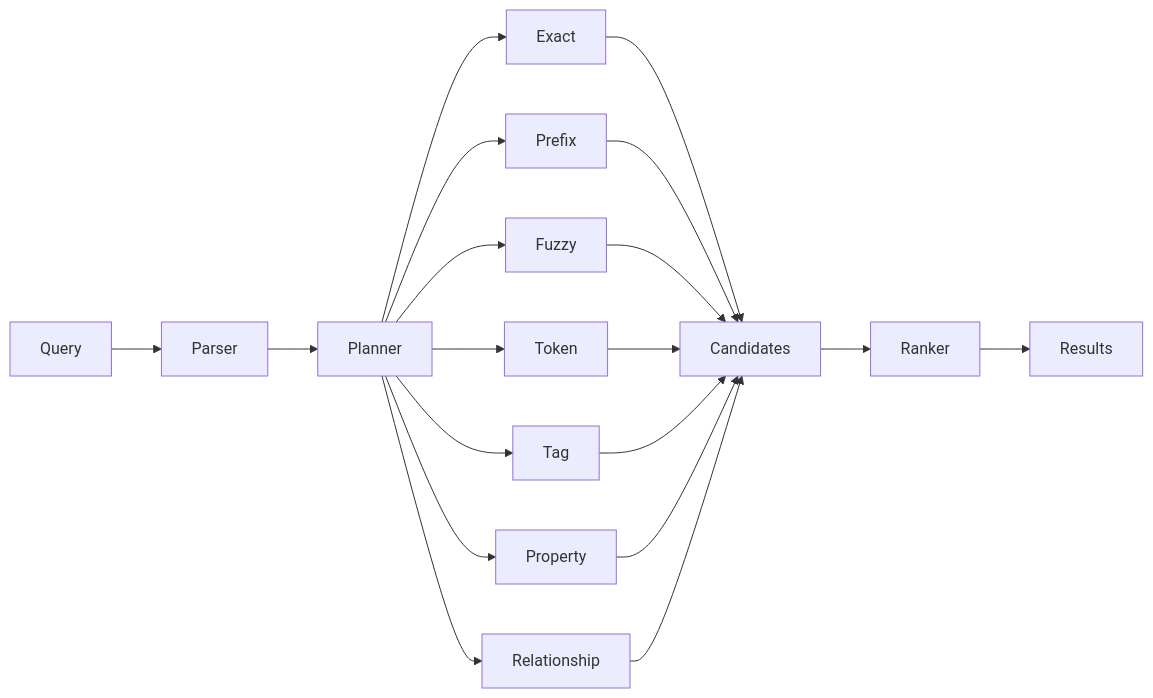
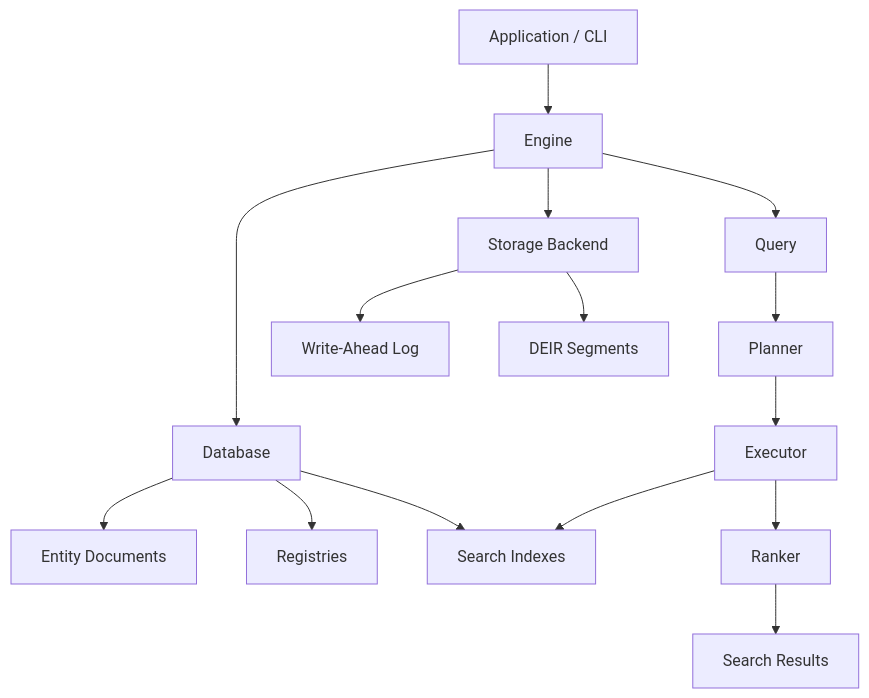
One commit to HandsOnDigits/EntityIdentifierResolver changed the third of 3 diagrams in README.md. Above: the diagram before and after it, drawn with Mermaid. The commit also changed other lines of this file, not shown here.

````diff
--- a/README.md
+++ b/README.md
@@ -134,24 +239,40 @@
 ```mermaid
-flowchart LR
-    Q["Query"] --> P["Parser"]
-    P --> PLAN["Planner"]
+flowchart TB
+    USER["Application / CLI"]
 
-    PLAN --> EXACT["Exact"]
-    PLAN --> PREFIX["Prefix"]
-    PLAN --> FUZZY["Fuzzy"]
-    PLAN --> TOKEN["Token"]
-    PLAN --> TAG["Tag"]
-    PLAN --> PROPERTY["Property"]
-    PLAN --> RELATIONSHIP["Relationship"]
+    ENGINE["Engine"]
 
-    EXACT --> C["Candidates"]
-    PREFIX --> C
-    FUZZY --> C
-    TOKEN --> C
-    TAG --> C
-    PROPERTY --> C
-    RELATIONSHIP --> C
+    DATABASE["Database"]
+    ENTITIES["Entity Documents"]
+    REGISTRIES["Registries"]
+    INDEXES["Search Indexes"]
 
-    C --> R["Ranker"]
-    R --> RESULTS["Results"]
+    QUERY["Query"]
+    PLANNER["Planner"]
+    EXECUTOR["Executor"]
+    RANKER["Ranker"]
+    RESULTS["Search Results"]
+
+    STORAGE["Storage Backend"]
+    WAL["Write-Ahead Log"]
+    SEGMENTS["DEIR Segments"]
+
+    USER --> ENGINE
+
+    ENGINE --> DATABASE
+    ENGINE --> STORAGE
+
+    DATABASE --> ENTITIES
+    DATABASE --> REGISTRIES
+    DATABASE --> INDEXES
+
+    ENGINE --> QUERY
+    QUERY --> PLANNER
+    PLANNER --> EXECUTOR
+    EXECUTOR --> INDEXES
+    EXECUTOR --> RANKER
+    RANKER --> RESULTS
+
+    STORAGE --> WAL
+    STORAGE --> SEGMENTS
 ```
````
